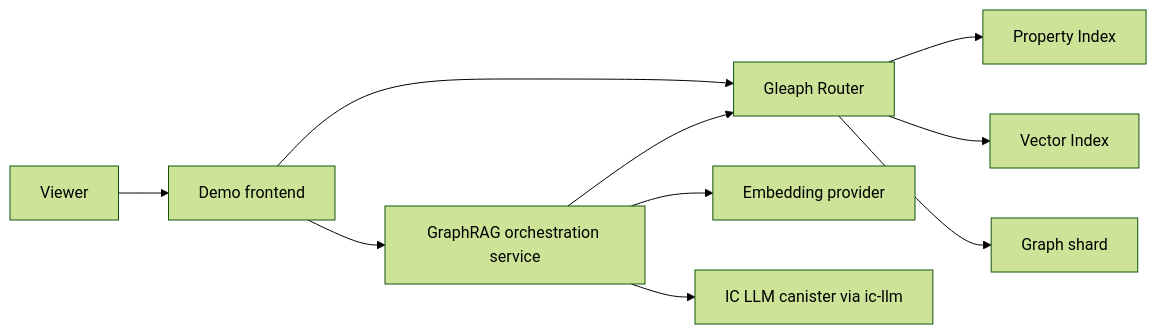
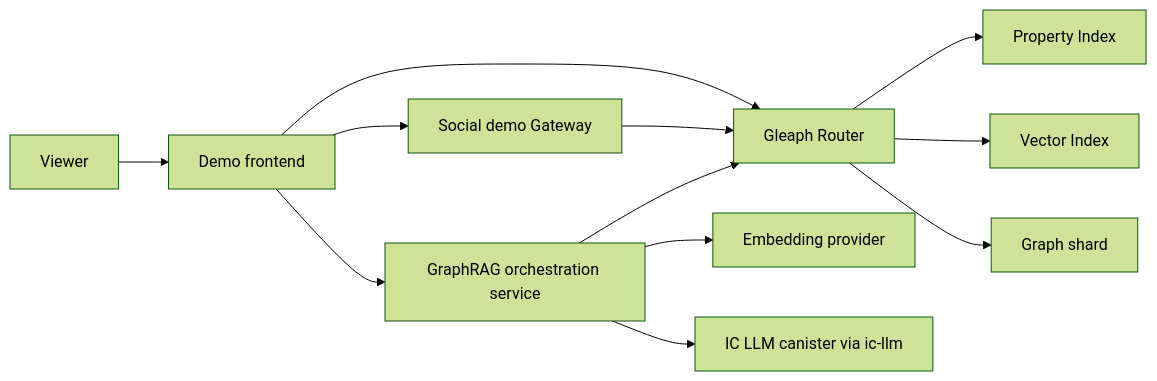
One commit to perforate-org/gleaph changed the diagram in design/demo/social-graph-rag.md. Above: the diagram before and after it, drawn with Mermaid (forest theme). The commit also changed other lines of this file and 12 other files, not shown here.

Commit message:
feat(demo): add public social read gateway

````diff
--- a/design/demo/social-graph-rag.md
+++ b/design/demo/social-graph-rag.md
@@ -297,12 +315,14 @@
 ```mermaid
 flowchart LR
     U["Viewer"] --> F["Demo frontend"]
+    F --> GW["Social demo Gateway"]
     F --> R["Gleaph Router"]
+    GW --> R
     R --> P["Property Index"]
     R --> V["Vector Index"]
     R --> G["Graph shard"]
     F --> O["GraphRAG orchestration service"]
     O --> R
     O --> E["Embedding provider"]
     O --> L["IC LLM canister via ic-llm"]
 ```
````
